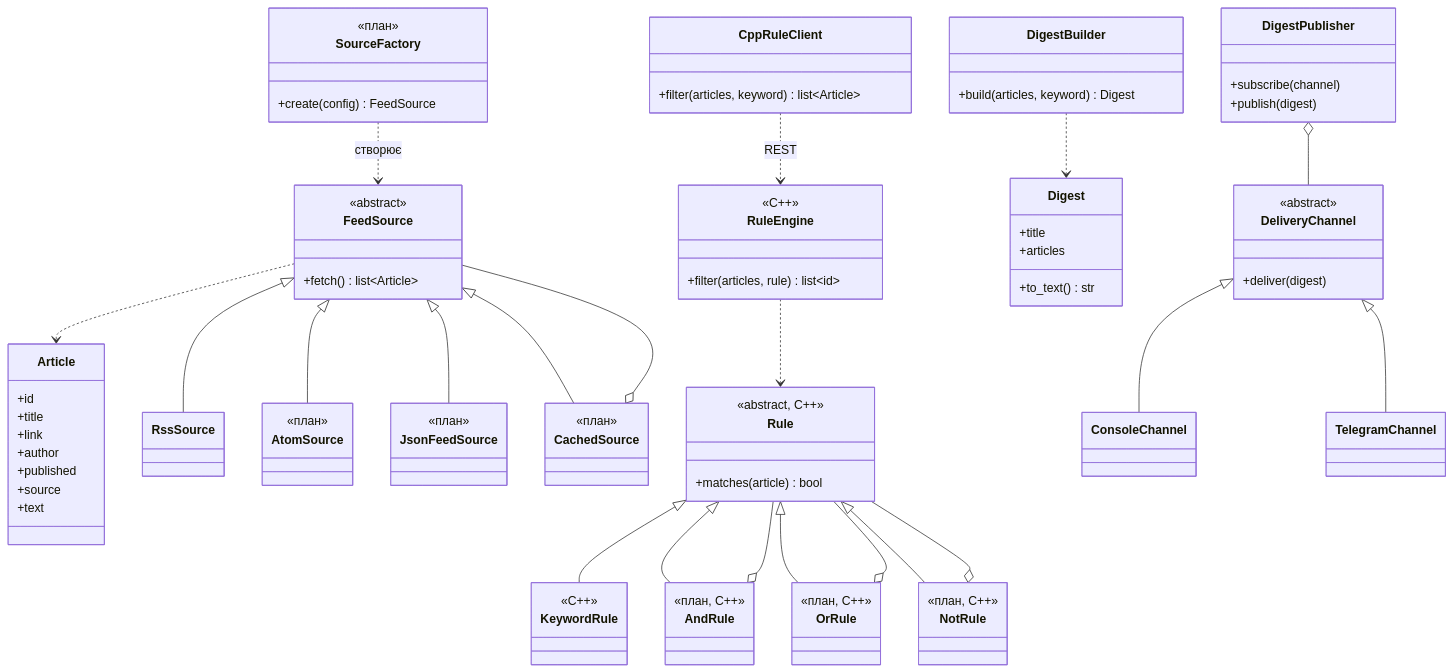
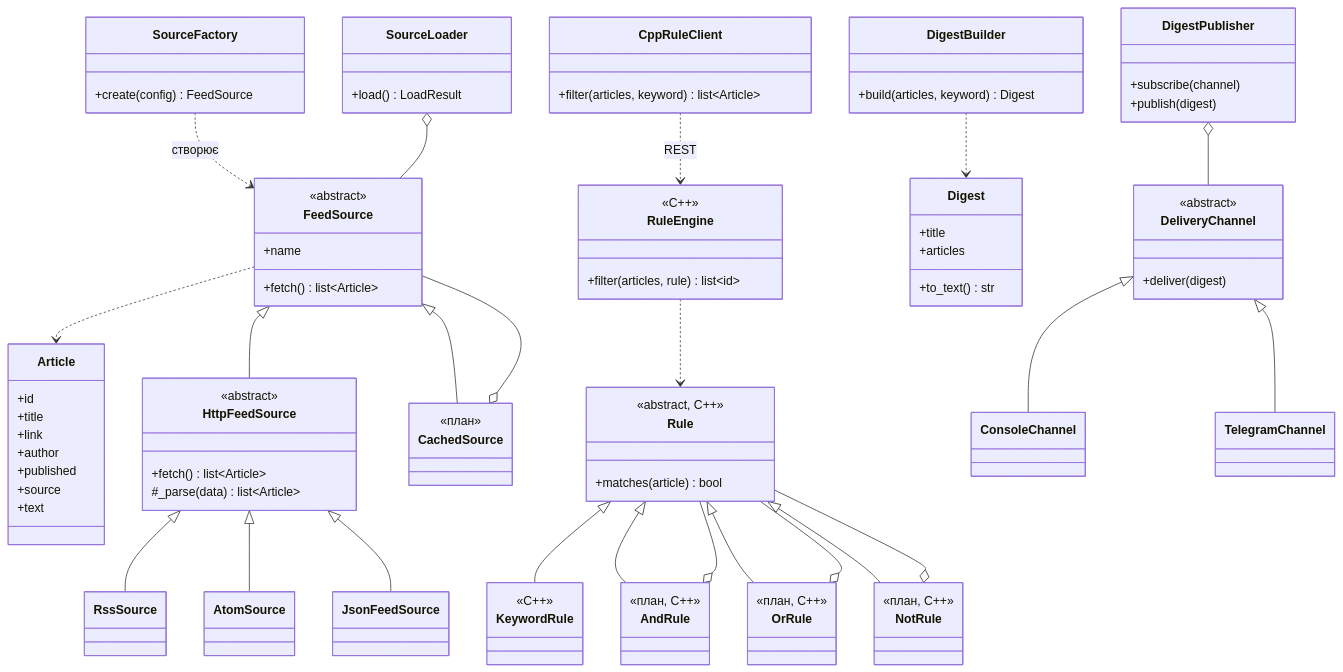
The diagram in README.md (tetianix/news-aggregator), drawn with Mermaid before and after one commit. The commit also changed other lines of this file and 4 other files, not shown here.

Commit message:
Update README and diagrams

```diff
--- a/README.md
+++ b/README.md
@@ -96,29 +97,35 @@
     }
     class FeedSource {
         <<abstract>>
+        +name
         +fetch() list~Article~
     }
+    class HttpFeedSource {
+        <<abstract>>
+        +fetch() list~Article~
+        #_parse(data) list~Article~
+    }
     class RssSource
-    class AtomSource {
-        <<план>>
-    }
-    class JsonFeedSource {
-        <<план>>
-    }
+    class AtomSource
+    class JsonFeedSource
     class CachedSource {
         <<план>>
     }
-    FeedSource <|-- RssSource
-    FeedSource <|-- AtomSource
-    FeedSource <|-- JsonFeedSource
+    FeedSource <|-- HttpFeedSource
+    HttpFeedSource <|-- RssSource
+    HttpFeedSource <|-- AtomSource
+    HttpFeedSource <|-- JsonFeedSource
     FeedSource <|-- CachedSource
     CachedSource o-- FeedSource
     FeedSource ..> Article
     class SourceFactory {
-        <<план>>
         +create(config) FeedSource
     }
     SourceFactory ..> FeedSource : створює
+    class SourceLoader {
+        +load() LoadResult
+    }
+    SourceLoader o-- FeedSource
 
     class CppRuleClient {
         +filter(articles, keyword) list~Article~
```
